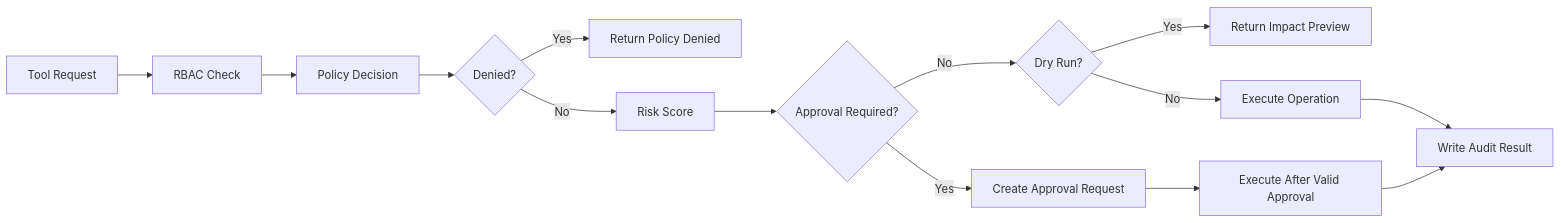
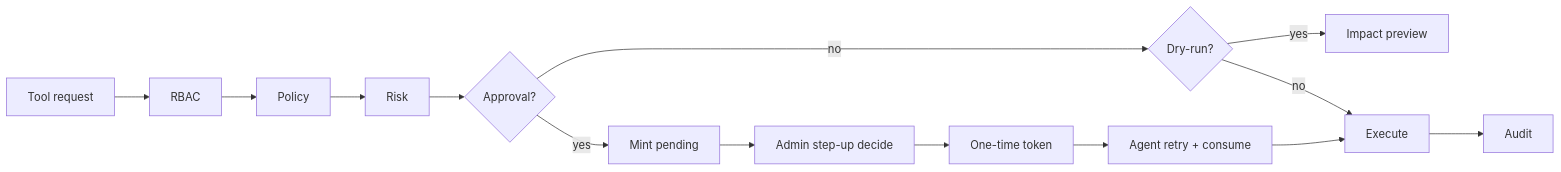
One commit to 0x696E7175696C696E65/Proxmox-MCP changed the second of 2 diagrams in README.md. Above: the diagram before and after it, drawn with Mermaid. The commit also changed other lines of this file, not shown here.

First line of the commit message:
Modernize README with Admin WebUI, approvals, and multi-host features.

````diff
--- a/README.md
+++ b/README.md
@@ -141,16 +99,16 @@
 ```mermaid
 flowchart LR
-  request["Tool Request"] --> rbac["RBAC Check"]
-  rbac --> policy["Policy Decision"]
-  policy --> deny{"Denied?"}
-  deny -->|"Yes"| blocked["Return Policy Denied"]
-  deny -->|"No"| risk["Risk Score"]
-  risk --> approval{"Approval Required?"}
-  approval -->|"Yes"| pending["Create Approval Request"]
-  approval -->|"No"| dryRun{"Dry Run?"}
-  dryRun -->|"Yes"| preview["Return Impact Preview"]
-  dryRun -->|"No"| execute["Execute Operation"]
-  pending --> executeApproved["Execute After Valid Approval"]
-  execute --> audit["Write Audit Result"]
-  executeApproved --> audit
+  req["Tool request"] --> rbac["RBAC"]
+  rbac --> policy["Policy"]
+  policy --> risk["Risk"]
+  risk --> need{"Approval?"}
+  need -->|yes| queue["Mint pending"]
+  queue --> decide["Admin step-up decide"]
+  decide --> token["One-time token"]
+  token --> retry["Agent retry + consume"]
+  need -->|no| dry{"Dry-run?"}
+  dry -->|yes| preview["Impact preview"]
+  dry -->|no| run["Execute"]
+  retry --> run
+  run --> audit["Audit"]
 ```
````
